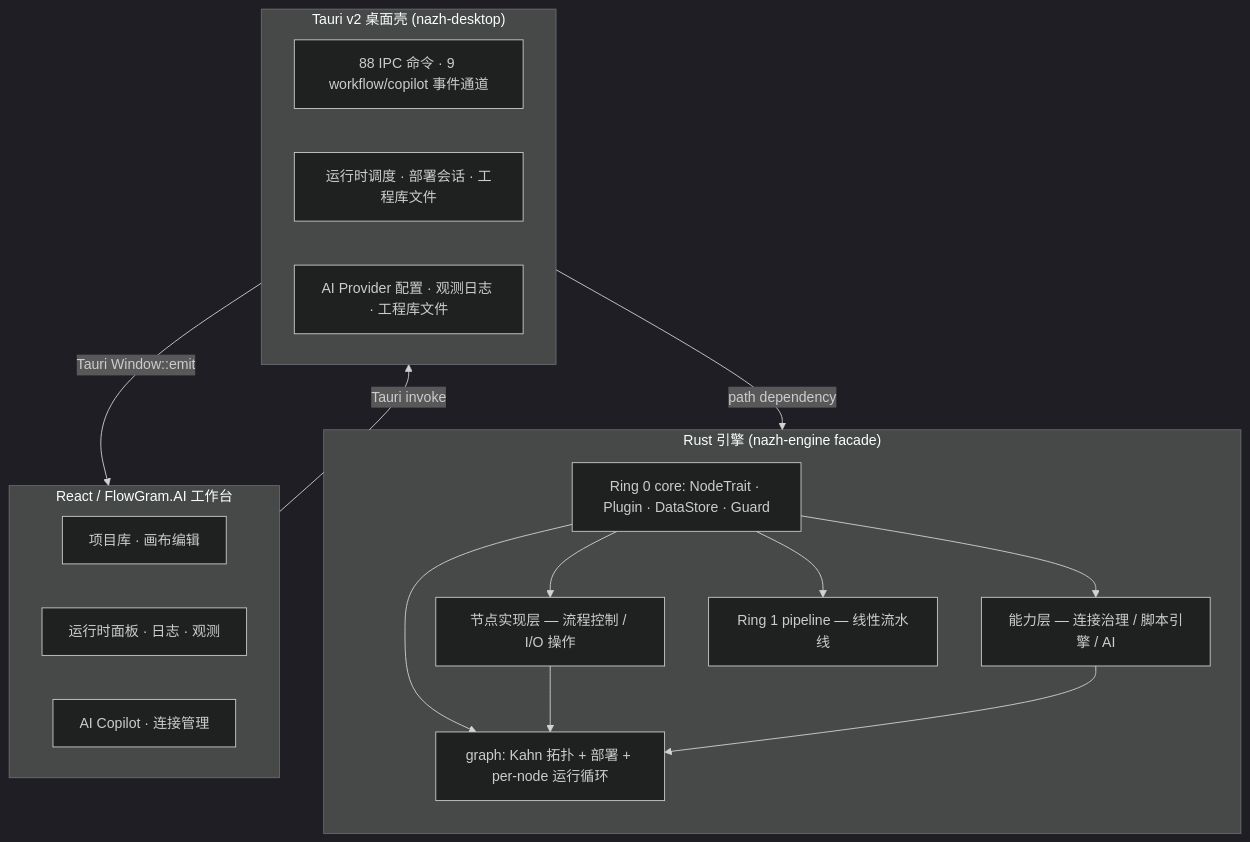
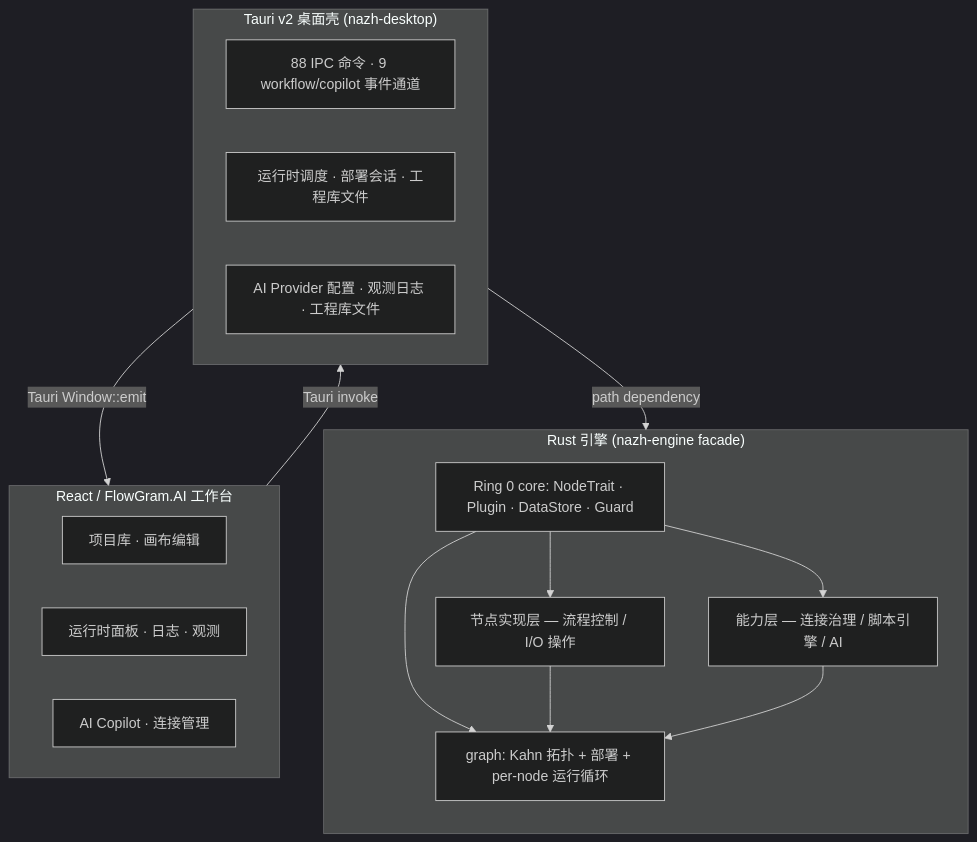
Before and after one commit to ssXue/Nazh: the diagram in README.md, drawn with Mermaid (dark theme). The commit also changed other lines of this file and 15 other files, not shown here.

````diff
--- a/README.md
+++ b/README.md
@@ -84,33 +84,31 @@
 ```mermaid
 flowchart TB
     subgraph Frontend["React / FlowGram.AI 工作台"]
         F1["项目库 · 画布编辑"]
         F2["运行时面板 · 日志 · 观测"]
         F3["AI Copilot · 连接管理"]
     end
 
     subgraph Shell["Tauri v2 桌面壳 (nazh-desktop)"]
         S1["88 IPC 命令 · 9 workflow/copilot 事件通道"]
         S2["运行时调度 · 部署会话 · 工程库文件"]
         S3["AI Provider 配置 · 观测日志 · 工程库文件"]
     end
 
     subgraph Engine["Rust 引擎 (nazh-engine facade)"]
         direction TB
         C0["Ring 0 core: NodeTrait · Plugin · DataStore · Guard"]
         C1a["节点实现层 — 流程控制 / I/O 操作"]
         C1b["能力层 — 连接治理 / 脚本引擎 / AI"]
-        C1c["Ring 1 pipeline — 线性流水线"]
         G["graph: Kahn 拓扑 + 部署 + per-node 运行循环"]
         C0 --> C1a
         C0 --> C1b
-        C0 --> C1c
         C0 --> G
         C1a --> G
         C1b --> G
     end
 
     Frontend -- "Tauri invoke" --> Shell
     Shell -- "Tauri Window::emit" --> Frontend
     Shell -- "path dependency" --> Engine
 ```
````
